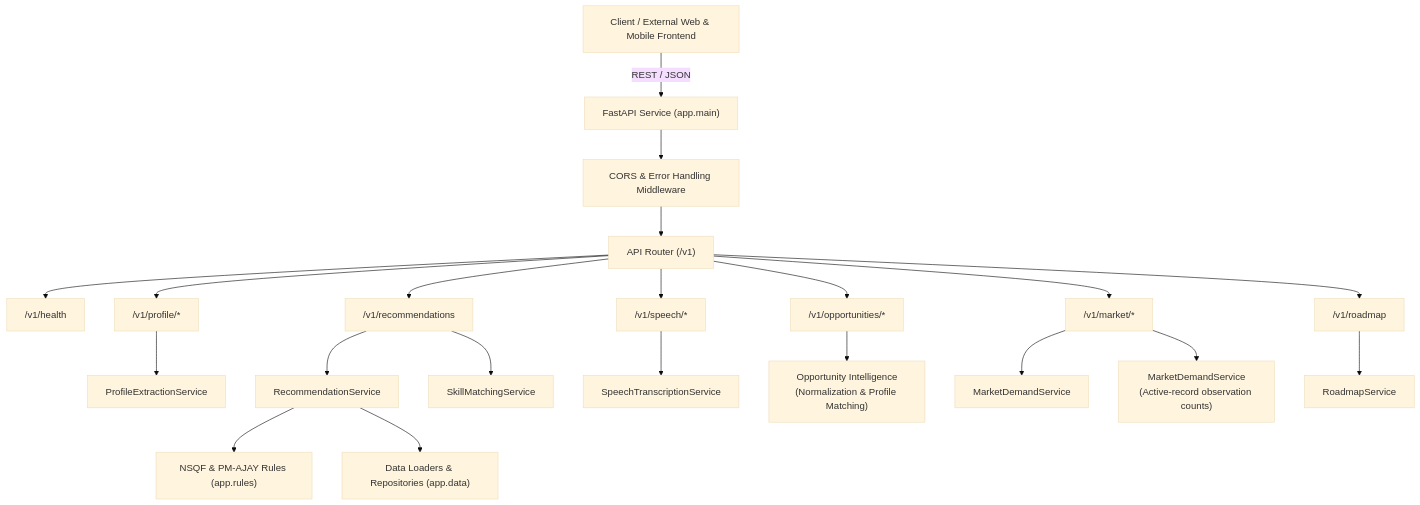
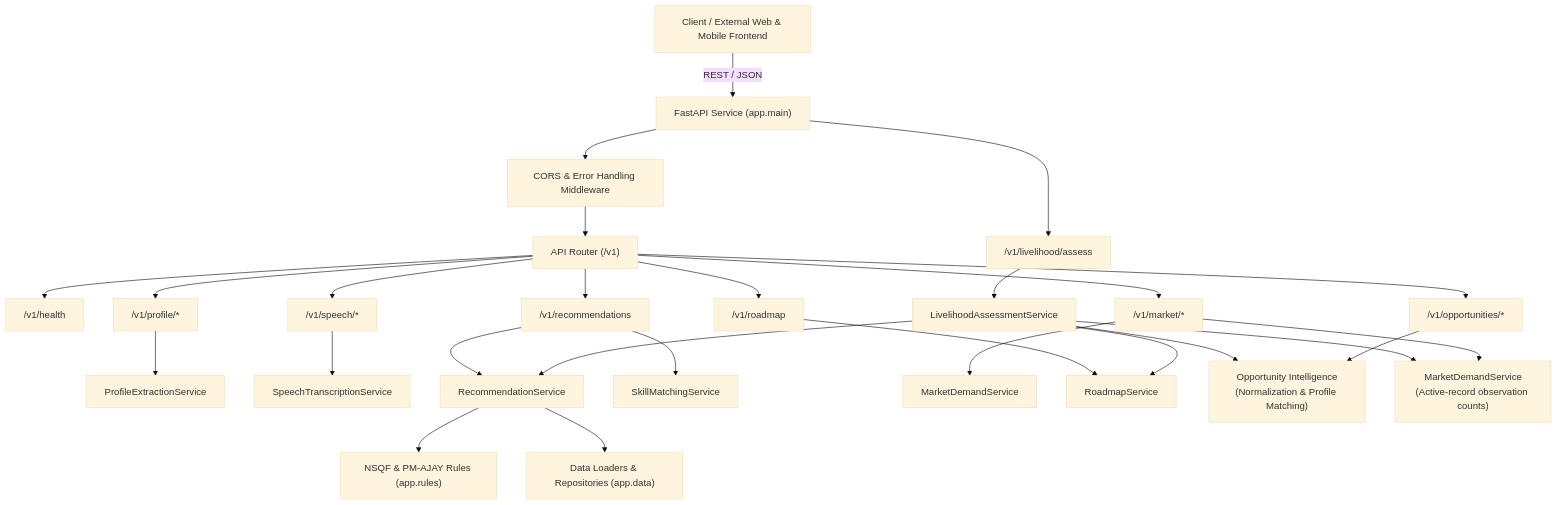
The second of 2 diagrams in docs/architecture.md (Akshat0029/Livelihood-Assistant), drawn with Mermaid (base theme) before and after one commit. The commit also changed other lines of this file and 11 other files, not shown here.

Commit message:
feat: add end-to-end livelihood assessment pipeline

````diff
--- a/docs/architecture.md
+++ b/docs/architecture.md
@@ -46,26 +51,32 @@
 ```mermaid
 graph TD
     Client["Client / External Web & Mobile Frontend"] -->|REST / JSON| Gateway["FastAPI Service (app.main)"]
     Gateway --> Middleware["CORS & Error Handling Middleware"]
     Middleware --> APIRouter["API Router (/v1)"]
     
     APIRouter --> HealthRoute["/v1/health"]
     APIRouter --> ProfileRoute["/v1/profile/*"]
     APIRouter --> RecRoute["/v1/recommendations"]
     APIRouter --> SpeechRoute["/v1/speech/*"]
     APIRouter --> OppRoute["/v1/opportunities/*"]
     APIRouter --> MarketRoute["/v1/market/*"]
     APIRouter --> RoadmapRoute["/v1/roadmap"]
 
     ProfileRoute --> ProfileService["ProfileExtractionService"]
     SpeechRoute --> SpeechService["SpeechTranscriptionService"]
     RecRoute --> RecService["RecommendationService"]
     RecRoute --> MatchService["SkillMatchingService"]
     MarketRoute --> MarketService["MarketDemandService"]
     RoadmapRoute --> RoadmapService["RoadmapService"]
+    Gateway --> AssessmentRoute["/v1/livelihood/assess"]
+    AssessmentRoute --> AssessmentService["LivelihoodAssessmentService"]
+    AssessmentService --> RecService
+    AssessmentService --> OppIntelligence
+    AssessmentService --> MarketEvidenceService
+    AssessmentService --> RoadmapService
     OppRoute --> OppIntelligence["Opportunity Intelligence<br/>(Normalization & Profile Matching)"]
     MarketRoute --> MarketEvidenceService["MarketDemandService<br/>(Active-record observation counts)"]
 
     RecService --> Rules["NSQF & PM-AJAY Rules (app.rules)"]
     RecService --> DataLoaders["Data Loaders & Repositories (app.data)"]
 ```
````
